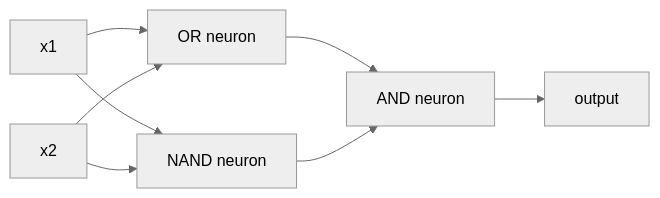
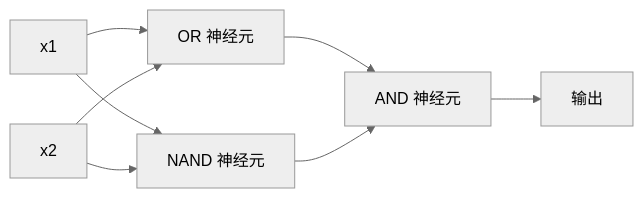
The second of 2 diagrams in phases/03-deep-learning-core/01-the-perceptron/docs/zh.md (alessandrodinisio-ai/ai-engineering-learning-framework), drawn with Mermaid (neutral theme) before and after one commit. The commit also changed other lines of this file and 120 other files, not shown here.

First line of the commit message:
i18n(mermaid): 337 个 mermaid 图表标签中文化

````diff
--- a/phases/03-deep-learning-core/01-the-perceptron/docs/zh.md
+++ b/phases/03-deep-learning-core/01-the-perceptron/docs/zh.md
@@ -214,10 +214,10 @@
 ```mermaid
 graph LR
-    x1["x1"] --> OR["OR neuron"]
-    x1 --> NAND["NAND neuron"]
+    x1["x1"] --> OR["OR 神经元"]
+    x1 --> NAND["NAND 神经元"]
     x2["x2"] --> OR
     x2 --> NAND
-    OR --> AND["AND neuron"]
+    OR --> AND["AND 神经元"]
     NAND --> AND
-    AND --> out["output"]
+    AND --> out["输出"]
 ```
````
